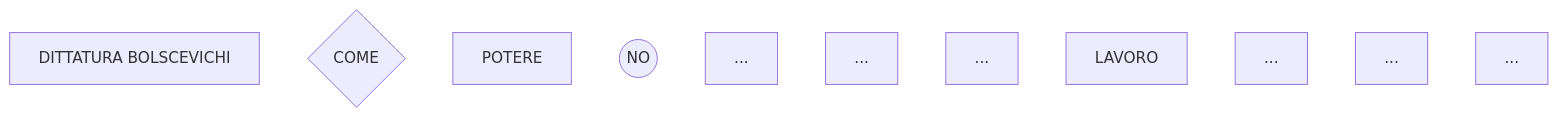
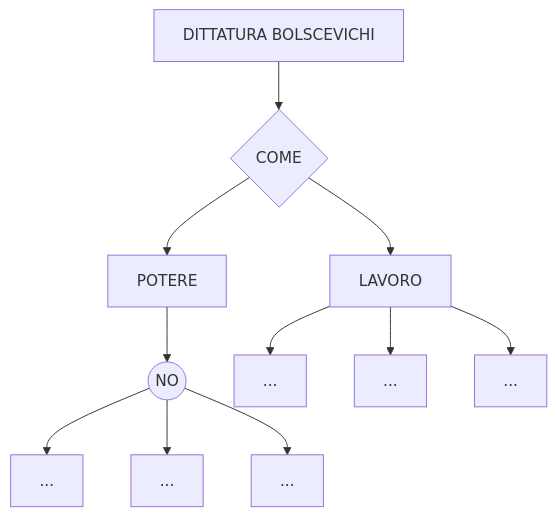
One commit to Laaouatni/ricerca-storia-MermaidJS changed the diagram in prova.md. Above: the diagram before and after it, drawn with Mermaid.

````diff
--- a/prova.md
+++ b/prova.md
@@ -1,14 +1,18 @@
 ```mermaid
 flowchart TB
   0[DITTATURA BOLSCEVICHI]
   01{COME}
   010[POTERE]
   0100((NO))
   01000[...]
   01001[...]
   01002[...]
   011[LAVORO]
   0110[...]
   0111[...]
   0112[...]
+  0 --> 01 --> 010 & 011
+  010 --> 0100
+  0100 --> 01000 & 01001 & 01002
+  011 --> 0110 & 0111 & 0112
 ```
````
